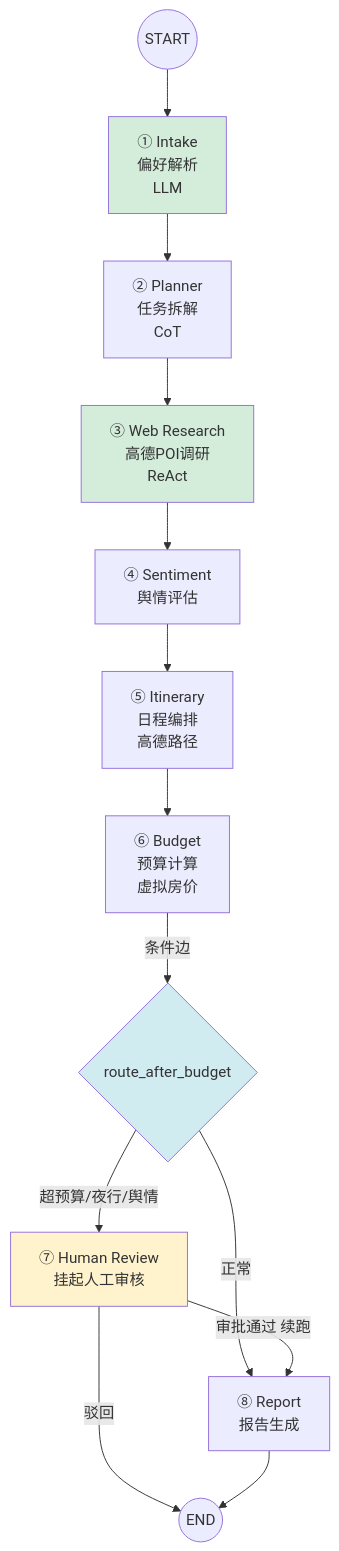
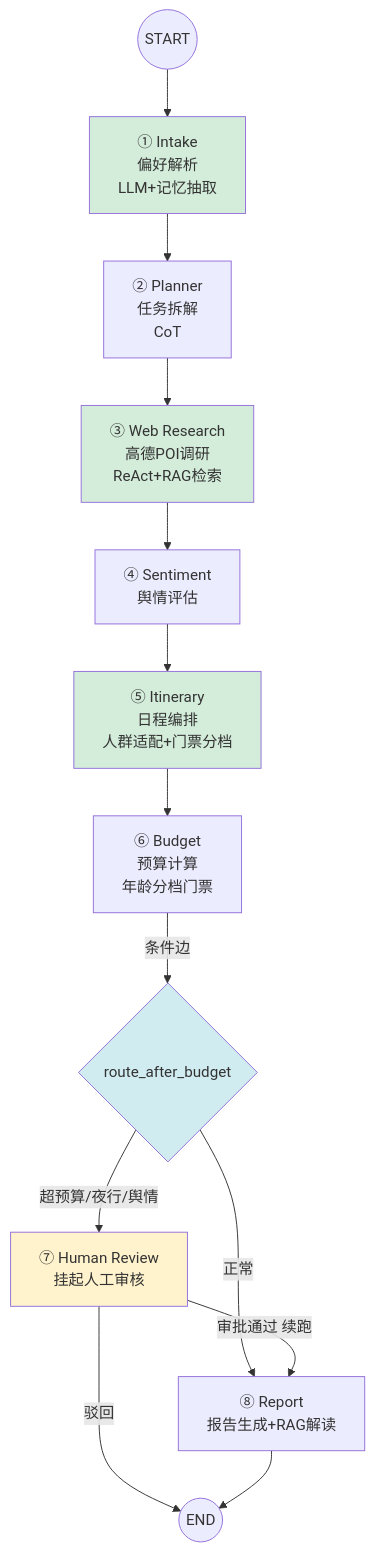
Before and after one commit to 1111776/wenlv: the diagram in docs/架构图详解.md, drawn with Mermaid. The commit also changed other lines of this file and 3 other files, not shown here.

First line of the commit message:
docs: 项目讲解/架构图/PPT 全面更新至 v3.1，补充 RAG 与人群适配

````diff
--- a/docs/架构图详解.md
+++ b/docs/架构图详解.md
@@ -157,20 +177,21 @@
 ```mermaid
 graph TD
-    START((START)) --> Intake[① Intake<br/>偏好解析<br/>LLM]
+    START((START)) --> Intake[① Intake<br/>偏好解析<br/>LLM+记忆抽取]
     Intake --> Planner[② Planner<br/>任务拆解<br/>CoT]
-    Planner --> WebResearch[③ Web Research<br/>高德POI调研<br/>ReAct]
+    Planner --> WebResearch[③ Web Research<br/>高德POI调研<br/>ReAct+RAG检索]
     WebResearch --> Sentiment[④ Sentiment<br/>舆情评估]
-    Sentiment --> Itinerary[⑤ Itinerary<br/>日程编排<br/>高德路径]
-    Itinerary --> Budget[⑥ Budget<br/>预算计算<br/>虚拟房价]
+    Sentiment --> Itinerary[⑤ Itinerary<br/>日程编排<br/>人群适配+门票分档]
+    Itinerary --> Budget[⑥ Budget<br/>预算计算<br/>年龄分档门票]
     Budget -->|条件边| Decision{route_after_budget}
     Decision -->|超预算/夜行/舆情| HumanReview[⑦ Human Review<br/>挂起人工审核]
-    Decision -->|正常| Report[⑧ Report<br/>报告生成]
+    Decision -->|正常| Report[⑧ Report<br/>报告生成+RAG解读]
     HumanReview -->|审批通过 续跑| Report
     HumanReview -->|驳回| END((END))
     Report --> END
 
     style HumanReview fill:#fff3cd
     style Decision fill:#d1ecf1
     style Intake fill:#d4edda
     style WebResearch fill:#d4edda
+    style Itinerary fill:#d4edda
 ```
````
